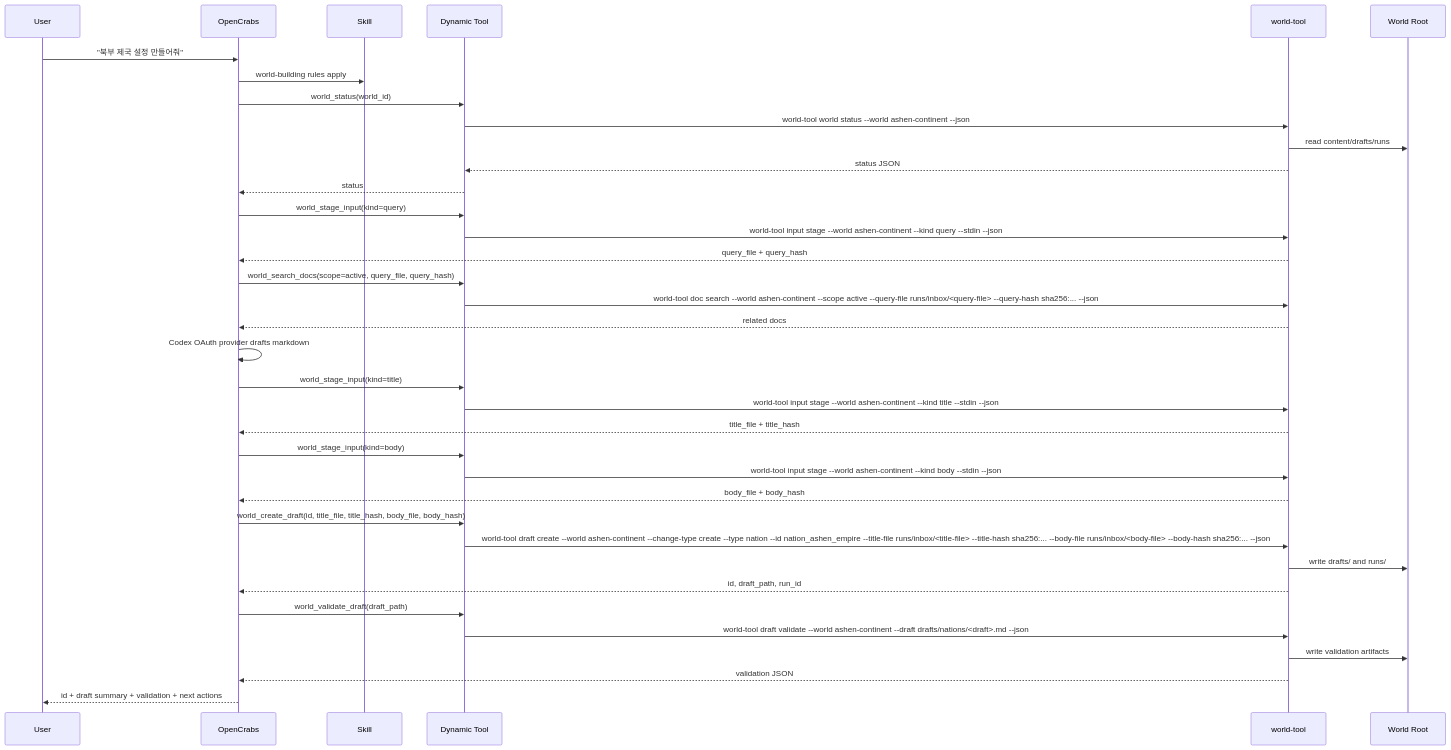
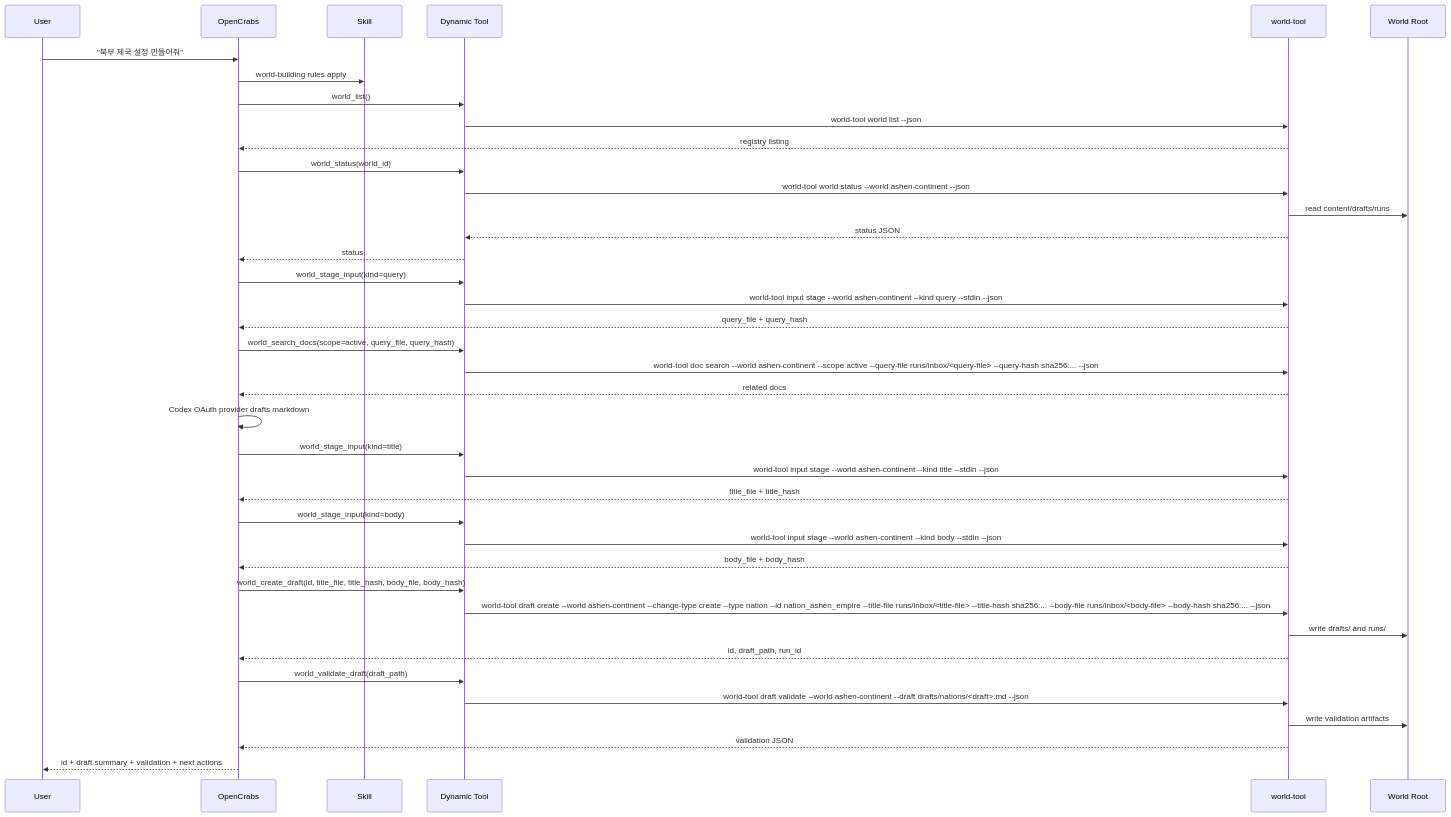
Before and after one commit to hoonzinope/world-building-harness: the third of 5 diagrams in docs/system-design.md, drawn with Mermaid. The commit also changed other lines of this file and 11 other files, not shown here.

````diff
--- a/docs/system-design.md
+++ b/docs/system-design.md
@@ -113,39 +113,42 @@
 ```mermaid
 sequenceDiagram
     participant User
     participant OpenCrabs
     participant Skill
     participant Tool as Dynamic Tool
     participant WT as world-tool
     participant World as World Root
 
     User->>OpenCrabs: "북부 제국 설정 만들어줘"
     OpenCrabs->>Skill: world-building rules apply
+    OpenCrabs->>Tool: world_list()
+    Tool->>WT: world-tool world list --json
+    WT-->>OpenCrabs: registry listing
     OpenCrabs->>Tool: world_status(world_id)
     Tool->>WT: world-tool world status --world ashen-continent --json
     WT->>World: read content/drafts/runs
     WT-->>Tool: status JSON
     Tool-->>OpenCrabs: status
     OpenCrabs->>Tool: world_stage_input(kind=query)
     Tool->>WT: world-tool input stage --world ashen-continent --kind query --stdin --json
     WT-->>OpenCrabs: query_file + query_hash
     OpenCrabs->>Tool: world_search_docs(scope=active, query_file, query_hash)
     Tool->>WT: world-tool doc search --world ashen-continent --scope active --query-file runs/inbox/<query-file> --query-hash sha256:... --json
     WT-->>OpenCrabs: related docs
     OpenCrabs->>OpenCrabs: Codex OAuth provider drafts markdown
     OpenCrabs->>Tool: world_stage_input(kind=title)
     Tool->>WT: world-tool input stage --world ashen-continent --kind title --stdin --json
     WT-->>OpenCrabs: title_file + title_hash
     OpenCrabs->>Tool: world_stage_input(kind=body)
     Tool->>WT: world-tool input stage --world ashen-continent --kind body --stdin --json
     WT-->>OpenCrabs: body_file + body_hash
     OpenCrabs->>Tool: world_create_draft(id, title_file, title_hash, body_file, body_hash)
     Tool->>WT: world-tool draft create --world ashen-continent --change-type create --type nation --id nation_ashen_empire --title-file runs/inbox/<title-file> --title-hash sha256:... --body-file runs/inbox/<body-file> --body-hash sha256:... --json
     WT->>World: write drafts/ and runs/
     WT-->>OpenCrabs: id, draft_path, run_id
     OpenCrabs->>Tool: world_validate_draft(draft_path)
     Tool->>WT: world-tool draft validate --world ashen-continent --draft drafts/nations/<draft>.md --json
     WT->>World: write validation artifacts
     WT-->>OpenCrabs: validation JSON
     OpenCrabs-->>User: id + draft summary + validation + next actions
 ```
````
